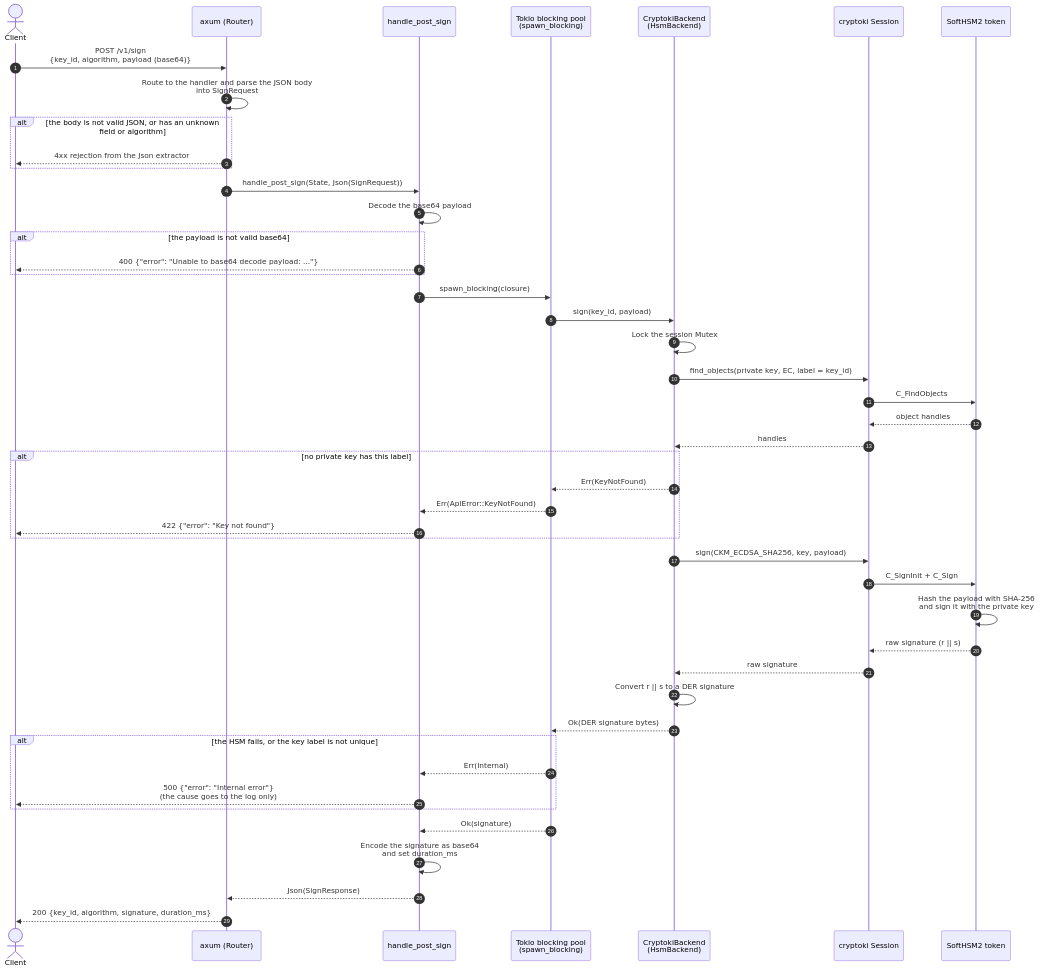
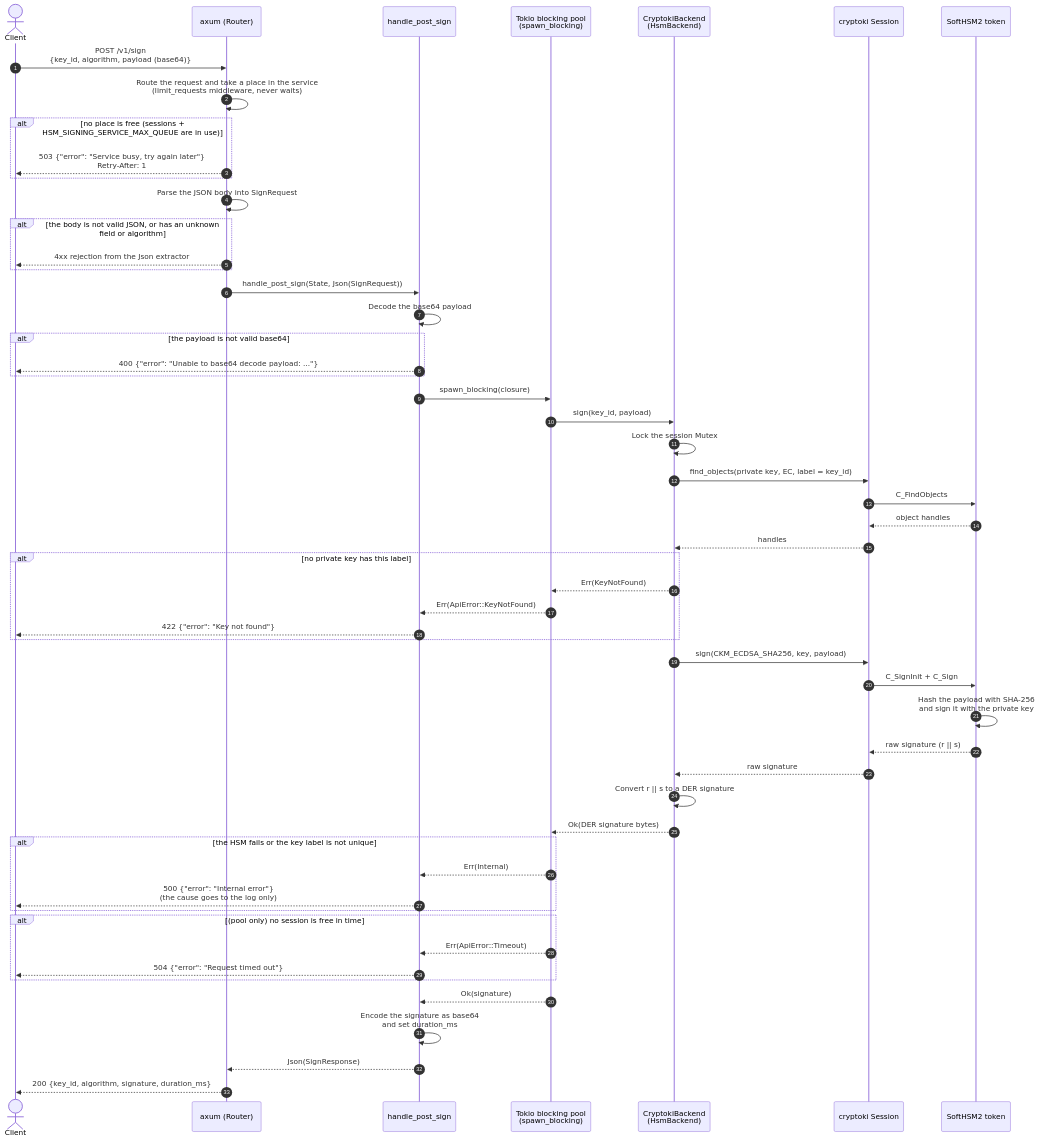
The second of 3 diagrams in docs/call_flow.md (aisrael/hsm-signing-service), drawn with Mermaid before and after one commit. The commit also changed other lines of this file and 13 other files, not shown here.

First line of the commit message:
Added session pool and admission control (#3)

````diff
--- a/docs/call_flow.md
+++ b/docs/call_flow.md
@@ -47,49 +73,57 @@
 ```mermaid
 sequenceDiagram
     autonumber
     actor Client
     participant Axum as axum (Router)
     participant Handler as handle_post_sign
     participant Pool as Tokio blocking pool<br/>(spawn_blocking)
     participant Backend as CryptokiBackend<br/>(HsmBackend)
     participant Cryptoki as cryptoki Session
     participant HSM as SoftHSM2 token
 
     Client->>Axum: POST /v1/sign<br/>{key_id, algorithm, payload (base64)}
-    Axum->>Axum: Route to the handler and parse the JSON body<br/>into SignRequest
+    Axum->>Axum: Route the request and take a place in the service<br/>(limit_requests middleware, never waits)
+    alt no place is free (sessions + HSM_SIGNING_SERVICE_MAX_QUEUE are in use)
+        Axum-->>Client: 503 {"error": "Service busy, try again later"}<br/>Retry-After: 1
+    end
+    Axum->>Axum: Parse the JSON body into SignRequest
     alt the body is not valid JSON, or has an unknown field or algorithm
         Axum-->>Client: 4xx rejection from the Json extractor
     end
     Axum->>Handler: handle_post_sign(State, Json(SignRequest))
     Handler->>Handler: Decode the base64 payload
     alt the payload is not valid base64
         Handler-->>Client: 400 {"error": "Unable to base64 decode payload: ..."}
     end
     Handler->>Pool: spawn_blocking(closure)
     Pool->>Backend: sign(key_id, payload)
     Backend->>Backend: Lock the session Mutex
     Backend->>Cryptoki: find_objects(private key, EC, label = key_id)
     Cryptoki->>HSM: C_FindObjects
     HSM-->>Cryptoki: object handles
     Cryptoki-->>Backend: handles
     alt no private key has this label
         Backend-->>Pool: Err(KeyNotFound)
         Pool-->>Handler: Err(ApiError::KeyNotFound)
         Handler-->>Client: 422 {"error": "Key not found"}
     end
     Backend->>Cryptoki: sign(CKM_ECDSA_SHA256, key, payload)
     Cryptoki->>HSM: C_SignInit + C_Sign
     HSM->>HSM: Hash the payload with SHA-256<br/>and sign it with the private key
     HSM-->>Cryptoki: raw signature (r || s)
     Cryptoki-->>Backend: raw signature
     Backend->>Backend: Convert r || s to a DER signature
     Backend-->>Pool: Ok(DER signature bytes)
-    alt the HSM fails, or the key label is not unique
+    alt the HSM fails or the key label is not unique
         Pool-->>Handler: Err(Internal)
         Handler-->>Client: 500 {"error": "Internal error"}<br/>(the cause goes to the log only)
+    end
+    alt (pool only) no session is free in time
+        Pool-->>Handler: Err(ApiError::Timeout)
+        Handler-->>Client: 504 {"error": "Request timed out"}
     end
     Pool-->>Handler: Ok(signature)
     Handler->>Handler: Encode the signature as base64<br/>and set duration_ms
     Handler-->>Axum: Json(SignResponse)
     Axum-->>Client: 200 {key_id, algorithm, signature, duration_ms}
 ```
````
